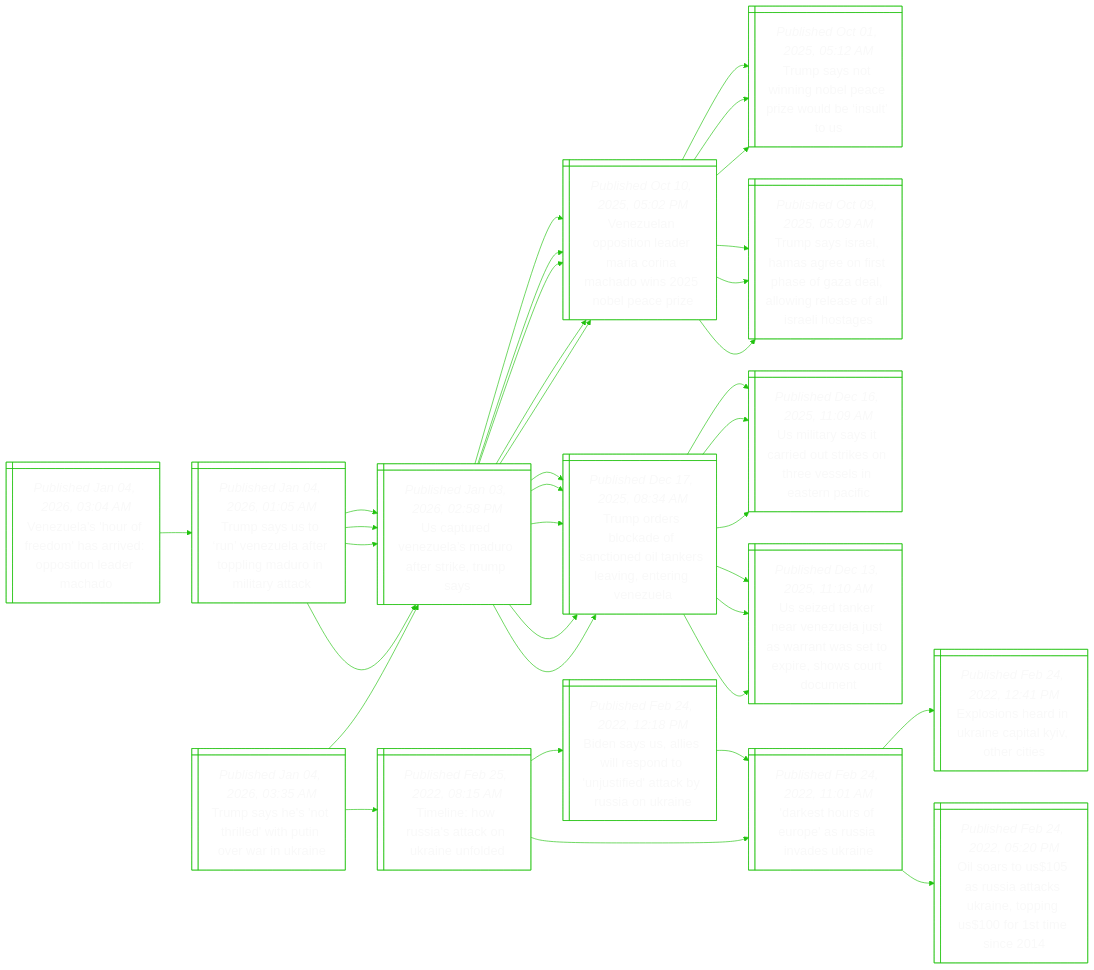
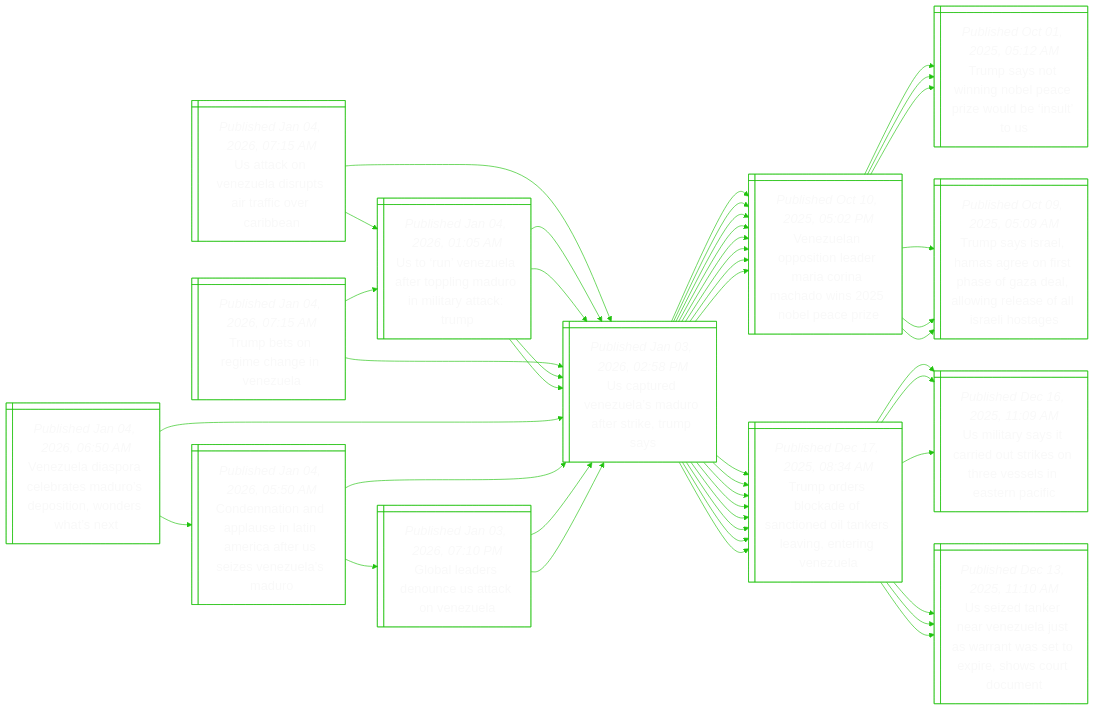
One commit to notJmes/notJmes changed the diagram in README.md. Above: the diagram before and after it, drawn with Mermaid. The commit also changed other lines of this file, not shown here.

````diff
--- a/README.md
+++ b/README.md
@@ -16,8 +16,8 @@
 flowchart LR
 classDef txtsize font-size:20px;
 
-Tsetltirni@{ shape: win-pane, label: "_Published Jan 04, 2026, 03:35 AM_
-Trump says he's 'not thrilled' with putin over war in ukraine" }
+UaVuittirb@{ shape: win-pane, label: "_Published Jan 04, 2026, 07:15 AM_
+Us attack on venezuela disrupts air traffic over caribbean" }
 UtVuMorkms@{ shape: win-pane, label: "_Published Jan 03, 2026, 02:58 PM_
 Us captured venezuela’s maduro after strike, trump says" }
 Vuoilranhibai@{ shape: win-pane, label: "_Published Oct 10, 2025, 05:02 PM_
@@ -32,37 +32,8 @@
 Us military says it carried out strikes on three vessels in eastern pacific" }
 Uznenltrwtphoon@{ shape: win-pane, label: "_Published Dec 13, 2025, 11:10 AM_
 Us seized tanker near venezuela just as warrant was set to expire, shows court document" }
-Tiwitnifd@{ shape: win-pane, label: "_Published Feb 25, 2022, 08:15 AM_
-Timeline: how russia's attack on ukraine unfolded" }
-DsruasvUn@{ shape: win-pane, label: "_Published Feb 24, 2022, 11:01 AM_
-'darkest hours of europe' as russia invades ukraine" }
-Eshiaalocs@{ shape: win-pane, label: "_Published Feb 24, 2022, 12:41 PM_
-Explosions heard in ukraine capital kyiv, other cities" }
-OaUuakaogrmc@{ shape: win-pane, label: "_Published Feb 24, 2022, 05:20 PM_
-Oil soars to us$105 as russia attacks ukraine, topping us$100 for 1st time since 2014" }
-BsSeloutdcuoa@{ shape: win-pane, label: "_Published Feb 24, 2022, 12:18 PM_
-Biden says us, allies will respond to 'unjustified' attack by russia on ukraine" }
-DsruasvUn@{ shape: win-pane, label: "_Published Feb 24, 2022, 11:01 AM_
-'darkest hours of europe' as russia invades ukraine" }
-
-Tsetltirni:::txtsize --> UtVuMorkms:::txtsize
-UtVuMorkms:::txtsize --> Vuoilranhibai:::txtsize
-Vuoilranhibai:::txtsize --> TsonoeroelS:::txtsize
-Vuoilranhibai:::txtsize --> TssHaossaaorslaoe:::txtsize
-UtVuMorkms:::txtsize --> Toskftdasitgz:::txtsize
-Toskftdasitgz:::txtsize --> Uistitktvlanf:::txtsize
-Toskftdasitgz:::txtsize --> Uznenltrwtphoon:::txtsize
-Tsetltirni:::txtsize --> Tiwitnifd:::txtsize
-Tiwitnifd:::txtsize --> DsruasvUn:::txtsize
-DsruasvUn:::txtsize --> Eshiaalocs:::txtsize
-DsruasvUn:::txtsize --> OaUuakaogrmc:::txtsize
-Tiwitnifd:::txtsize --> BsSeloutdcuoa:::txtsize
-BsSeloutdcuoa:::txtsize --> DsruasvUn:::txtsize
-
-Vuhfdsvpiaao@{ shape: win-pane, label: "_Published Jan 04, 2026, 03:04 AM_
-Venezuela's 'hour of freedom' has arrived: opposition leader machado" }
-TsSnzatidntt@{ shape: win-pane, label: "_Published Jan 04, 2026, 01:05 AM_
-Trump says us to ‘run’ venezuela after toppling maduro in military attack" }
+Uuearlaiiakp@{ shape: win-pane, label: "_Published Jan 04, 2026, 01:05 AM_
+Us to ‘run’ venezuela after toppling maduro in military attack: trump" }
 UtVuMorkms@{ shape: win-pane, label: "_Published Jan 03, 2026, 02:58 PM_
 Us captured venezuela’s maduro after strike, trump says" }
 Vuoilranhibai@{ shape: win-pane, label: "_Published Oct 10, 2025, 05:02 PM_
@@ -76,16 +47,23 @@
 Toskftdasitgz@{ shape: win-pane, label: "_Published Dec 17, 2025, 08:34 AM_
 Trump orders blockade of sanctioned oil tankers leaving, entering venezuela" }
 
-Vuhfdsvpiaao:::txtsize --> TsSnzatidntt:::txtsize
-TsSnzatidntt:::txtsize --> UtVuMorkms:::txtsize
+UaVuittirb:::txtsize --> UtVuMorkms:::txtsize
+UtVuMorkms:::txtsize --> Vuoilranhibai:::txtsize
+Vuoilranhibai:::txtsize --> TsonoeroelS:::txtsize
+Vuoilranhibai:::txtsize --> TssHaossaaorslaoe:::txtsize
+UtVuMorkms:::txtsize --> Toskftdasitgz:::txtsize
+Toskftdasitgz:::txtsize --> Uistitktvlanf:::txtsize
+Toskftdasitgz:::txtsize --> Uznenltrwtphoon:::txtsize
+UaVuittirb:::txtsize --> Uuearlaiiakp:::txtsize
+Uuearlaiiakp:::txtsize --> UtVuMorkms:::txtsize
 UtVuMorkms:::txtsize --> Vuoilranhibai:::txtsize
 UtVuMorkms:::txtsize --> Toskftdasitgz:::txtsize
-TsSnzatidntt:::txtsize --> UtVuMorkms:::txtsize
+Uuearlaiiakp:::txtsize --> UtVuMorkms:::txtsize
 UtVuMorkms:::txtsize --> Vuoilranhibai:::txtsize
 UtVuMorkms:::txtsize --> Toskftdasitgz:::txtsize
 
-TsSnzatidntt@{ shape: win-pane, label: "_Published Jan 04, 2026, 01:05 AM_
-Trump says us to ‘run’ venezuela after toppling maduro in military attack" }
+TbnmnVu@{ shape: win-pane, label: "_Published Jan 04, 2026, 07:15 AM_
+Trump bets on regime change in venezuela" }
 UtVuMorkms@{ shape: win-pane, label: "_Published Jan 03, 2026, 02:58 PM_
 Us captured venezuela’s maduro after strike, trump says" }
 Vuoilranhibai@{ shape: win-pane, label: "_Published Oct 10, 2025, 05:02 PM_
@@ -100,6 +78,38 @@
 Us military says it carried out strikes on three vessels in eastern pacific" }
 Uznenltrwtphoon@{ shape: win-pane, label: "_Published Dec 13, 2025, 11:10 AM_
 Us seized tanker near venezuela just as warrant was set to expire, shows court document" }
+Uuearlaiiakp@{ shape: win-pane, label: "_Published Jan 04, 2026, 01:05 AM_
+Us to ‘run’ venezuela after toppling maduro in military attack: trump" }
+UtVuMorkms@{ shape: win-pane, label: "_Published Jan 03, 2026, 02:58 PM_
+Us captured venezuela’s maduro after strike, trump says" }
+Vuoilranhibai@{ shape: win-pane, label: "_Published Oct 10, 2025, 05:02 PM_
+Venezuelan opposition leader maria corina machado wins 2025 nobel peace prize" }
+Toskftdasitgz@{ shape: win-pane, label: "_Published Dec 17, 2025, 08:34 AM_
+Trump orders blockade of sanctioned oil tankers leaving, entering venezuela" }
+UtVuMorkms@{ shape: win-pane, label: "_Published Jan 03, 2026, 02:58 PM_
+Us captured venezuela’s maduro after strike, trump says" }
+Vuoilranhibai@{ shape: win-pane, label: "_Published Oct 10, 2025, 05:02 PM_
+Venezuelan opposition leader maria corina machado wins 2025 nobel peace prize" }
+Toskftdasitgz@{ shape: win-pane, label: "_Published Dec 17, 2025, 08:34 AM_
+Trump orders blockade of sanctioned oil tankers leaving, entering venezuela" }
+
+TbnmnVu:::txtsize --> UtVuMorkms:::txtsize
+UtVuMorkms:::txtsize --> Vuoilranhibai:::txtsize
+Vuoilranhibai:::txtsize --> TsonoeroelS:::txtsize
+Vuoilranhibai:::txtsize --> TssHaossaaorslaoe:::txtsize
+UtVuMorkms:::txtsize --> Toskftdasitgz:::txtsize
+Toskftdasitgz:::txtsize --> Uistitktvlanf:::txtsize
+Toskftdasitgz:::txtsize --> Uznenltrwtphoon:::txtsize
+TbnmnVu:::txtsize --> Uuearlaiiakp:::txtsize
+Uuearlaiiakp:::txtsize --> UtVuMorkms:::txtsize
+UtVuMorkms:::txtsize --> Vuoilranhibai:::txtsize
+UtVuMorkms:::txtsize --> Toskftdasitgz:::txtsize
+Uuearlaiiakp:::txtsize --> UtVuMorkms:::txtsize
+UtVuMorkms:::txtsize --> Vuoilranhibai:::txtsize
+UtVuMorkms:::txtsize --> Toskftdasitgz:::txtsize
+
+Vuireeuetoss@{ shape: win-pane, label: "_Published Jan 04, 2026, 06:50 AM_
+Venezuela diaspora celebrates maduro’s deposition, wonders what’s next" }
 UtVuMorkms@{ shape: win-pane, label: "_Published Jan 03, 2026, 02:58 PM_
 Us captured venezuela’s maduro after strike, trump says" }
 Vuoilranhibai@{ shape: win-pane, label: "_Published Oct 10, 2025, 05:02 PM_
@@ -114,20 +124,34 @@
 Us military says it carried out strikes on three vessels in eastern pacific" }
 Uznenltrwtphoon@{ shape: win-pane, label: "_Published Dec 13, 2025, 11:10 AM_
 Us seized tanker near venezuela just as warrant was set to expire, shows court document" }
+CmoauLAceeVuMo@{ shape: win-pane, label: "_Published Jan 04, 2026, 05:50 AM_
+Condemnation and applause in latin america after us seizes venezuela’s maduro" }
+UtVuMorkms@{ shape: win-pane, label: "_Published Jan 03, 2026, 02:58 PM_
+Us captured venezuela’s maduro after strike, trump says" }
+Vuoilranhibai@{ shape: win-pane, label: "_Published Oct 10, 2025, 05:02 PM_
+Venezuelan opposition leader maria corina machado wins 2025 nobel peace prize" }
+Toskftdasitgz@{ shape: win-pane, label: "_Published Dec 17, 2025, 08:34 AM_
+Trump orders blockade of sanctioned oil tankers leaving, entering venezuela" }
+Glenetnz@{ shape: win-pane, label: "_Published Jan 03, 2026, 07:10 PM_
+Global leaders denounce us attack on venezuela" }
+UtVuMorkms@{ shape: win-pane, label: "_Published Jan 03, 2026, 02:58 PM_
+Us captured venezuela’s maduro after strike, trump says" }
+UtVuMorkms@{ shape: win-pane, label: "_Published Jan 03, 2026, 02:58 PM_
+Us captured venezuela’s maduro after strike, trump says" }
 
-TsSnzatidntt:::txtsize --> UtVuMorkms:::txtsize
+Vuireeuetoss:::txtsize --> UtVuMorkms:::txtsize
 UtVuMorkms:::txtsize --> Vuoilranhibai:::txtsize
 Vuoilranhibai:::txtsize --> TsonoeroelS:::txtsize
 Vuoilranhibai:::txtsize --> TssHaossaaorslaoe:::txtsize
 UtVuMorkms:::txtsize --> Toskftdasitgz:::txtsize
 Toskftdasitgz:::txtsize --> Uistitktvlanf:::txtsize
 Toskftdasitgz:::txtsize --> Uznenltrwtphoon:::txtsize
-TsSnzatidntt:::txtsize --> UtVuMorkms:::txtsize
+Vuireeuetoss:::txtsize --> CmoauLAceeVuMo:::txtsize
+CmoauLAceeVuMo:::txtsize --> UtVuMorkms:::txtsize
 UtVuMorkms:::txtsize --> Vuoilranhibai:::txtsize
-Vuoilranhibai:::txtsize --> TsonoeroelS:::txtsize
-Vuoilranhibai:::txtsize --> TssHaossaaorslaoe:::txtsize
 UtVuMorkms:::txtsize --> Toskftdasitgz:::txtsize
-Toskftdasitgz:::txtsize --> Uistitktvlanf:::txtsize
-Toskftdasitgz:::txtsize --> Uznenltrwtphoon:::txtsize
+CmoauLAceeVuMo:::txtsize --> Glenetnz:::txtsize
+Glenetnz:::txtsize --> UtVuMorkms:::txtsize
+Glenetnz:::txtsize --> UtVuMorkms:::txtsize
 
 ```
````
